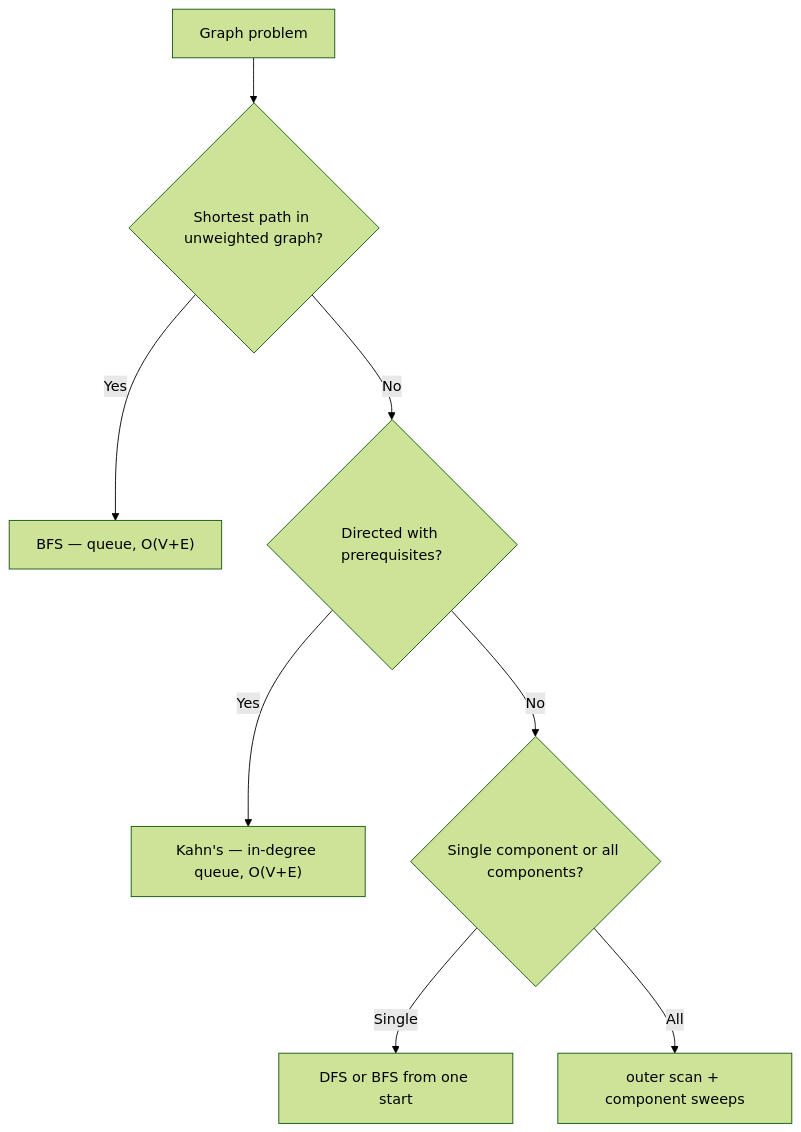
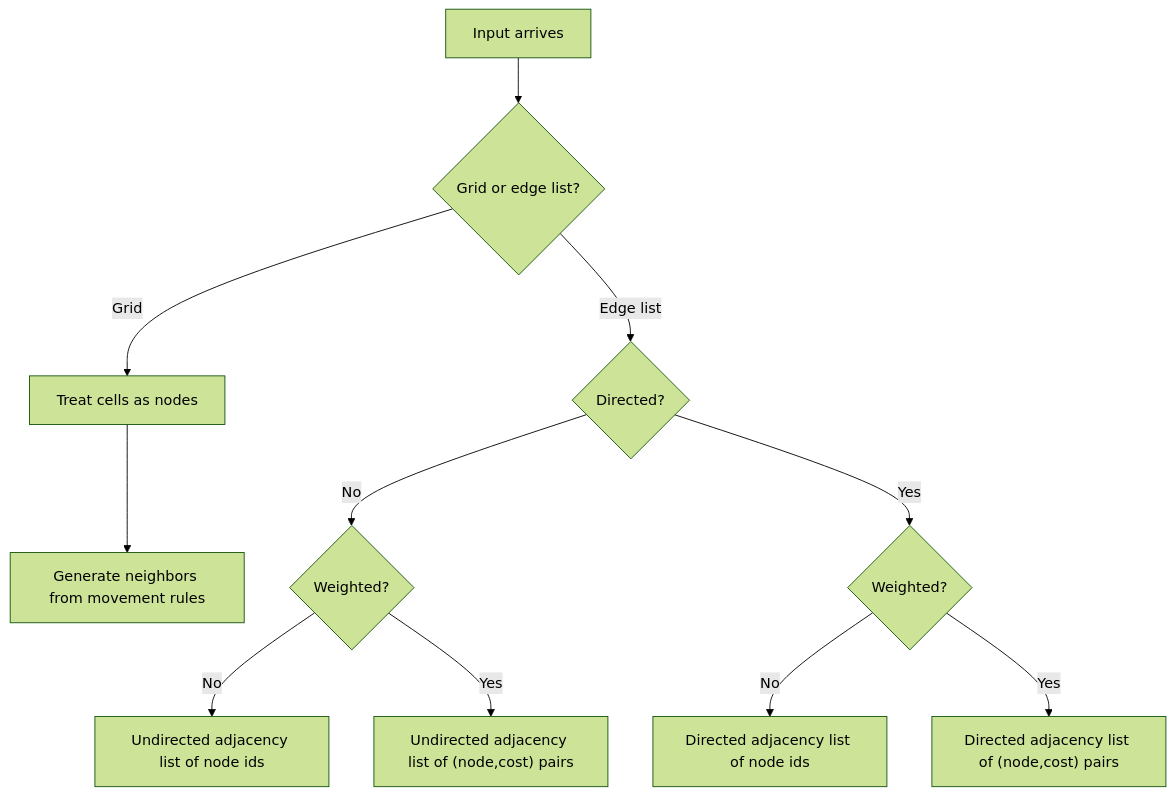
Before and after one commit to snesjhon/thinkdeep: the ninth of 9 diagrams in src/app/dsa/fundamentals/graphs/graphs-fundamentals.md, drawn with Mermaid (forest theme). The commit also changed other lines of this file and 40 other files, not shown here.

Commit message:
dsa: add graphs and dfs

````diff
--- a/src/app/dsa/fundamentals/graphs/graphs-fundamentals.md
+++ b/src/app/dsa/fundamentals/graphs/graphs-fundamentals.md
@@ -67,10 +664,13 @@
 ```mermaid
 graph TD
-    Q["Graph problem"] --> Q1{Shortest path in unweighted graph?}
-    Q1 -- Yes --> BFS["BFS — queue, O(V+E)"]
-    Q1 -- No --> Q2{Directed with prerequisites?}
-    Q2 -- Yes --> Kahn["Kahn's — in-degree queue, O(V+E)"]
-    Q2 -- No --> Q3{Single component or all components?}
-    Q3 -- Single --> DFS["DFS or BFS from one start"]
-    Q3 -- All --> Scan["outer scan + component sweeps"]
+    Start["Input arrives"] --> Q1{"Grid or edge list?"}
+    Q1 -- Grid --> G1["Treat cells as nodes"]
+    G1 --> G2["Generate neighbors from movement rules"]
+    Q1 -- Edge list --> Q2{"Directed?"}
+    Q2 -- No --> Q3{"Weighted?"}
+    Q2 -- Yes --> Q4{"Weighted?"}
+    Q3 -- No --> A1["Undirected adjacency list of node ids"]
+    Q3 -- Yes --> A2["Undirected adjacency list of (node,cost) pairs"]
+    Q4 -- No --> A3["Directed adjacency list of node ids"]
+    Q4 -- Yes --> A4["Directed adjacency list of (node,cost) pairs"]
 ```
````
